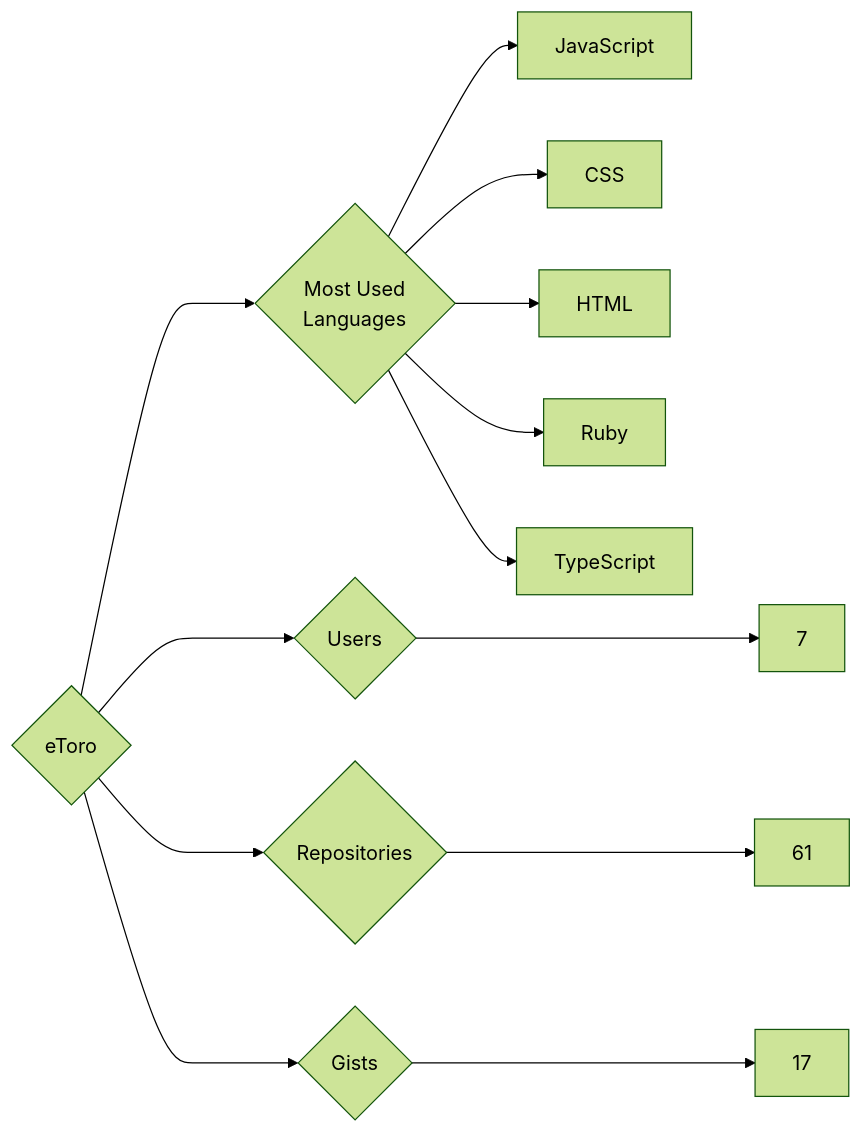
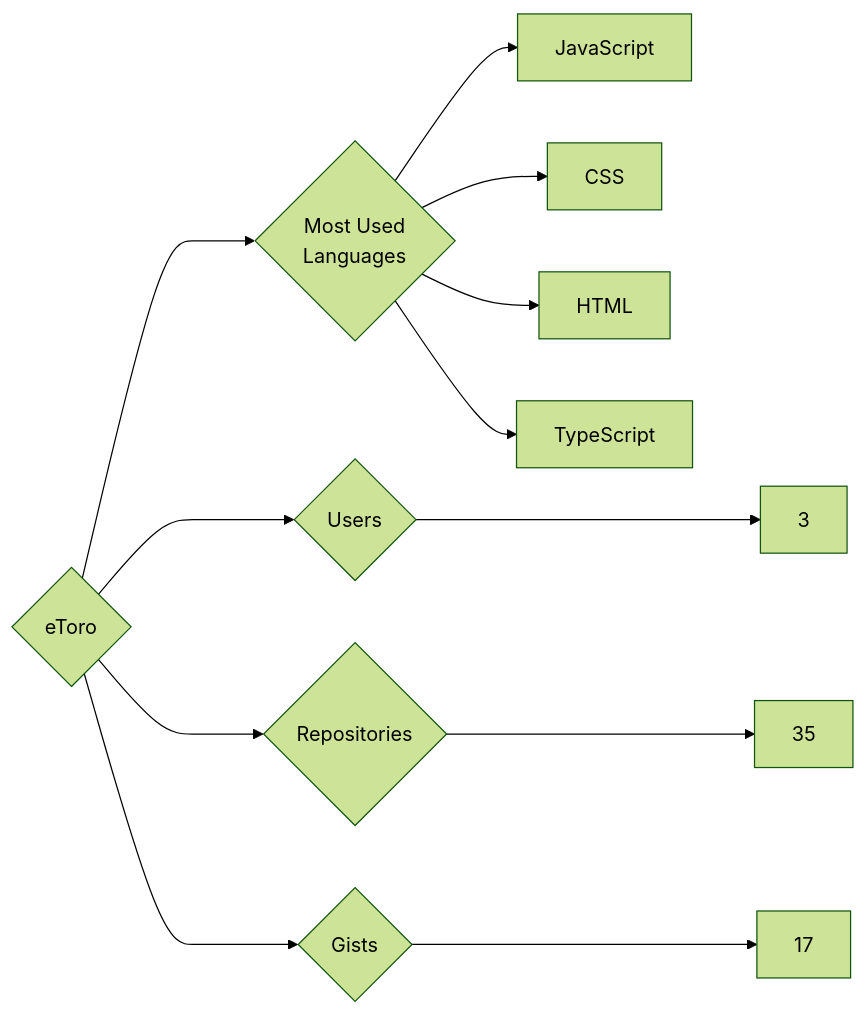
The diagram in targets/eToro/README.md (trickest/insiders), drawn with Mermaid (forest theme) before and after one commit. The commit also changed 1055 other files, not shown here.

````diff
--- a/targets/eToro/README.md
+++ b/targets/eToro/README.md
@@ -3,13 +3,12 @@
 ```mermaid
 graph LR
 COMPANY_NAME{eToro}
-COMPANY_NAME ---> U{Users} ---> UN[7]
-COMPANY_NAME ---> R{Repositories} ---> RN[61]
+COMPANY_NAME ---> U{Users} ---> UN[3]
+COMPANY_NAME ---> R{Repositories} ---> RN[35]
 COMPANY_NAME ---> G{Gists} ---> GN[17]
 COMPANY_NAME ---> ML{Most Used<br>Languages}
 ML --> JavaScript[JavaScript]
 ML --> CSS[CSS]
 ML --> HTML[HTML]
-ML --> Ruby[Ruby]
 ML --> TypeScript[TypeScript]
 ```
````
